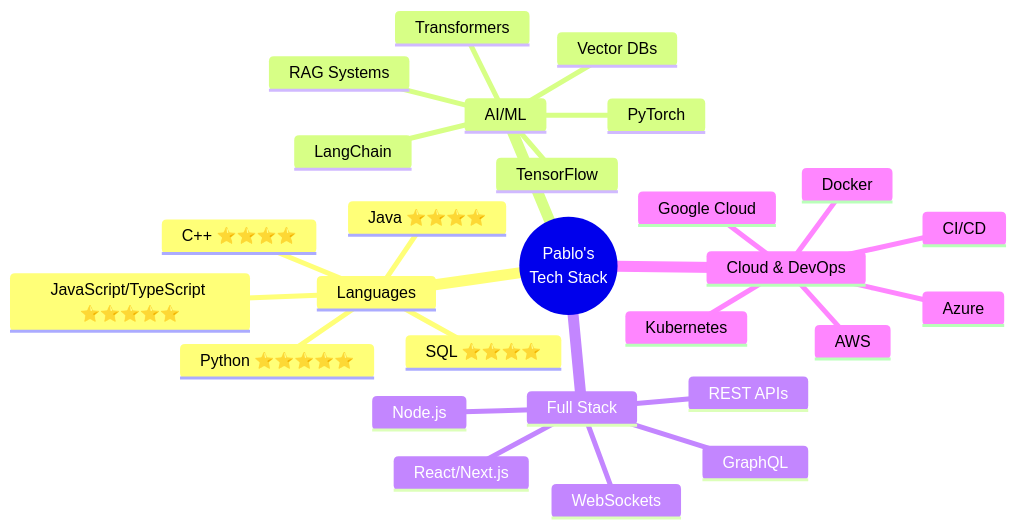
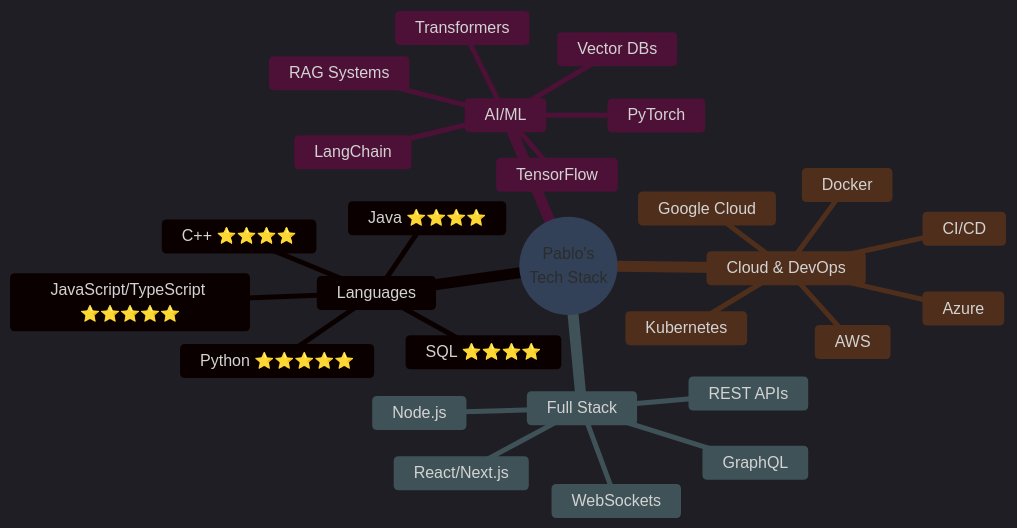
Before and after one commit to pleyva2004/pleyva2004: the first of 2 diagrams in README.md, drawn with Mermaid. The commit also changed other lines of this file, not shown here.

Commit message:
upating text color

````diff
--- a/README.md
+++ b/README.md
@@ -286,30 +286,31 @@
 ```mermaid
+%%{init: {'theme':'dark', 'themeVariables': { 'primaryColor':'#1f6feb', 'primaryTextColor':'#fff', 'primaryBorderColor':'#30363d', 'lineColor':'#58a6ff', 'secondaryColor':'#0d1117', 'tertiaryColor':'#161b22', 'fontSize':'16px'}}}%%
 mindmap
   root((Pablo's<br/>Tech Stack))
     Languages
       Python ⭐⭐⭐⭐⭐
       JavaScript/TypeScript ⭐⭐⭐⭐⭐
       Java ⭐⭐⭐⭐
       C++ ⭐⭐⭐⭐
       SQL ⭐⭐⭐⭐
     AI/ML
       PyTorch
       TensorFlow
       Transformers
       LangChain
       RAG Systems
       Vector DBs
     Full Stack
       React/Next.js
       Node.js
       REST APIs
       GraphQL
       WebSockets
     Cloud & DevOps
       AWS
       Google Cloud
       Azure
       Docker
       Kubernetes
       CI/CD
 ```
````
